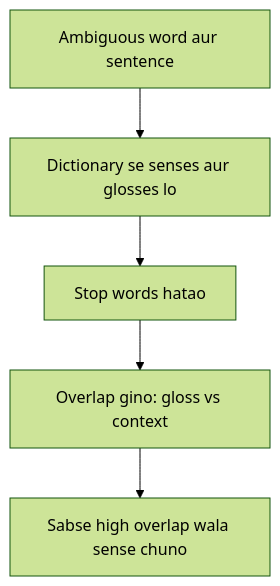
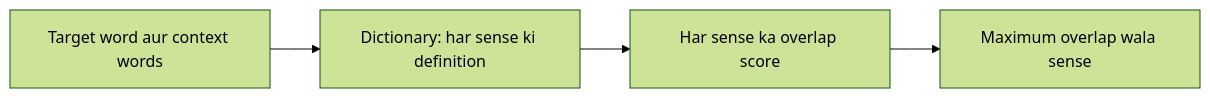
The diagram in content/natural-language-processing/pyq/2023-05-ce/q2a.hi.mdx (TrendySloth1001/sem-seven-notes), drawn with Mermaid (forest theme) before and after one commit. The commit also changed other lines of this file and 406 other files, not shown here.

````diff
--- a/content/natural-language-processing/pyq/2023-05-ce/q2a.hi.mdx
+++ b/content/natural-language-processing/pyq/2023-05-ce/q2a.hi.mdx
@@ -16,8 +57,7 @@
 ```mermaid
-%% caption: Simplified Lesk. Jis sense ke dictionary gloss ke sabse zyada words sentence se milte hain, wo jeet jaata hai.
-flowchart TD
-  A["Ambiguous word aur sentence"] --> B["Dictionary se senses aur glosses lo"]
-  B --> C["Stop words hatao"]
-  C --> D["Overlap gino: gloss vs context"]
-  D --> E["Sabse high overlap wala sense chuno"]
+%% caption: Dictionary-based approach: har sense ko context ke saath overlap se score karo.
+flowchart LR
+  A["Target word aur context words"] --> B["Dictionary: har sense ki definition"]
+  B --> C["Har sense ka overlap score"]
+  C --> D["Maximum overlap wala sense"]
 ```
````
